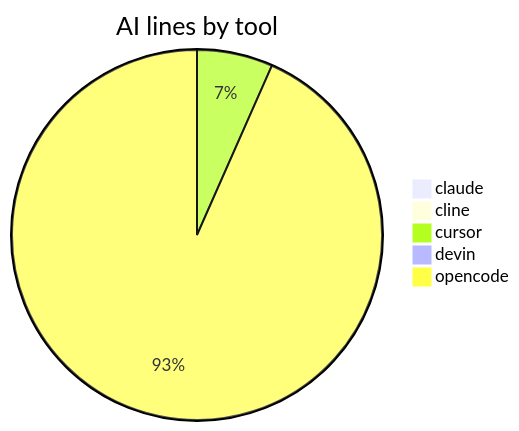
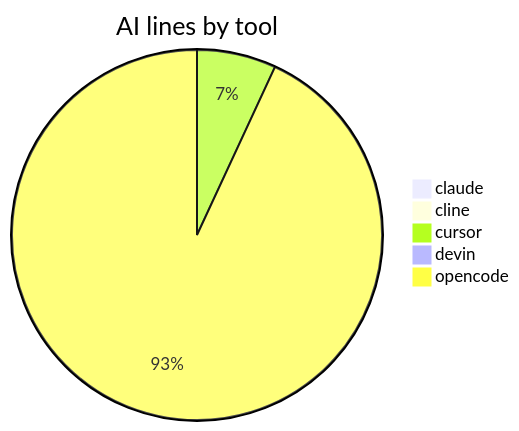
One commit to CaliMark/game-of-life changed the third of 5 diagrams in AI-AUTHORSHIP.md. Above: the diagram before and after it, drawn with Mermaid. The commit also changed other lines of this file and 1 other file, not shown here.

````diff
--- a/AI-AUTHORSHIP.md
+++ b/AI-AUTHORSHIP.md
@@ -49,8 +49,8 @@
 ```mermaid
 pie title AI lines by tool
     "claude" : 1
     "cline" : 2
     "cursor" : 61
     "devin" : 1
-    "opencode" : 860
+    "opencode" : 821
 ```
````
